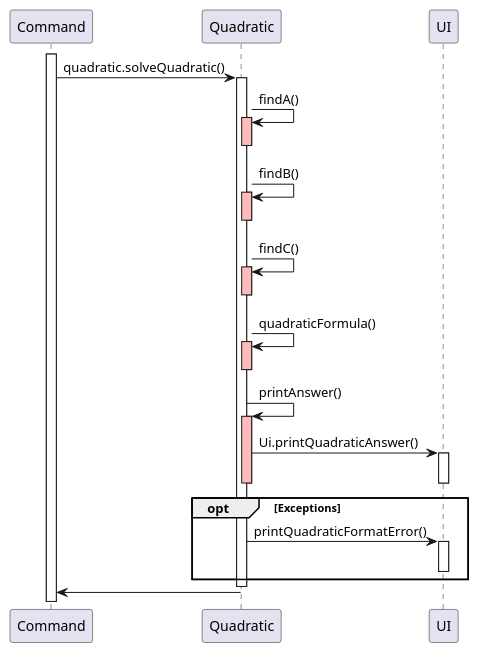
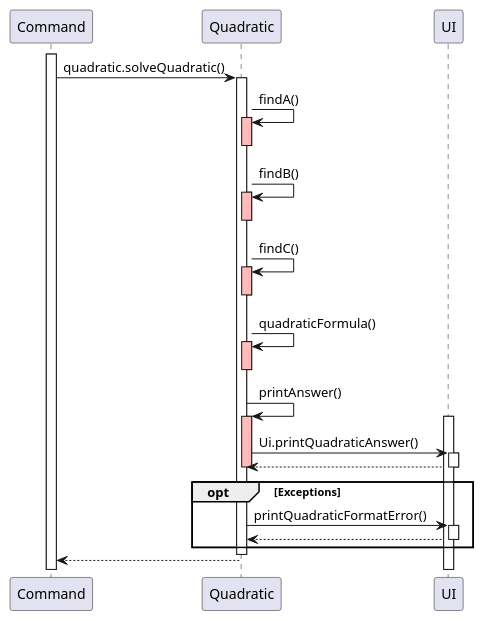
The diagram in docs/QuadraticSolver.puml (nus-cs2113-AY2223S2/tp), drawn with PlantUML before and after one commit. The commit also changed 1 other file, not shown here.

```diff
--- a/docs/QuadraticSolver.puml
+++ b/docs/QuadraticSolver.puml
@@ -1,33 +1,36 @@
 @startuml
 'https://plantuml.com/sequence-diagram
 
 activate Command
 Command -> Quadratic: quadratic.solveQuadratic()
 
 activate Quadratic
 Quadratic -> Quadratic: findA()
 activate Quadratic #FFBBBB
 deactivate Quadratic
 Quadratic -> Quadratic: findB()
 activate Quadratic #FFBBBB
 deactivate Quadratic
 Quadratic -> Quadratic: findC()
 activate Quadratic #FFBBBB
 deactivate Quadratic
 Quadratic -> Quadratic: quadraticFormula()
 activate Quadratic #FFBBBB
 deactivate Quadratic
 Quadratic -> Quadratic: printAnswer()
 activate Quadratic #FFBBBB
+activate UI
 Quadratic -> UI: Ui.printQuadraticAnswer()
 activate UI
+UI --> Quadratic
 deactivate UI
 deactivate Quadratic
 opt Exceptions
 Quadratic -> UI: printQuadraticFormatError()
 activate UI
+UI --> Quadratic
 deactivate UI
 end opt
 deactivate Quadratic
-Quadratic -> Command
+Quadratic --> Command
 @enduml
```
